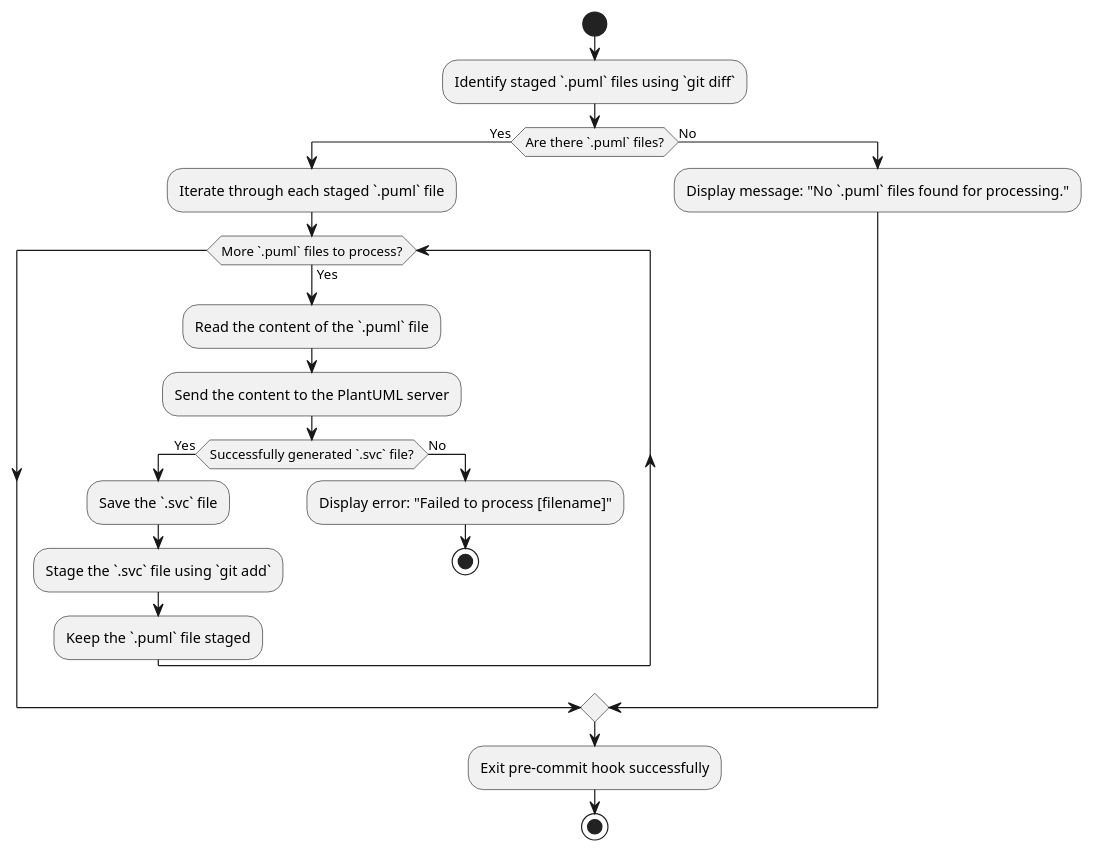
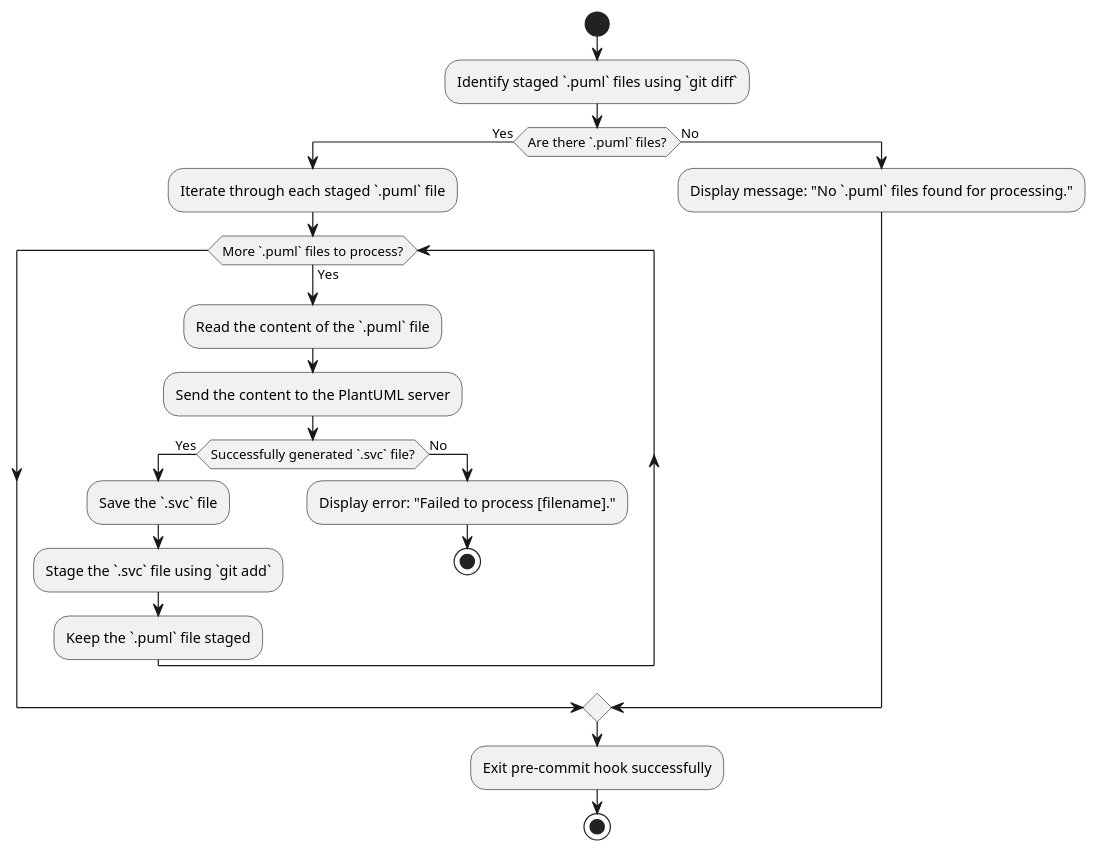
Before and after one commit to sivabankapalli/pre-commit-hooks-plantuml: the diagram in flow-diagrams/PlantUmlTestDiagram.puml, drawn with PlantUML.

Commit message:
test hook

```diff
--- a/flow-diagrams/PlantUmlTestDiagram.puml
+++ b/flow-diagrams/PlantUmlTestDiagram.puml
@@ -1,25 +1,25 @@
 @startuml
 start
 
 :Identify staged `.puml` files using `git diff`;
 if (Are there `.puml` files?) then (Yes)
   :Iterate through each staged `.puml` file;
   while (More `.puml` files to process?) is (Yes)
     :Read the content of the `.puml` file;
     :Send the content to the PlantUML server;
     if (Successfully generated `.svc` file?) then (Yes)
       :Save the `.svc` file;
       :Stage the `.svc` file using `git add`;
       :Keep the `.puml` file staged;
     else (No)
-      :Display error: "Failed to process [filename]";
+      :Display error: "Failed to process [filename].";
       stop
     endif
   endwhile
 else (No)
   :Display message: "No `.puml` files found for processing.";
 endif
 
 :Exit pre-commit hook successfully;
 stop
 @enduml
```
